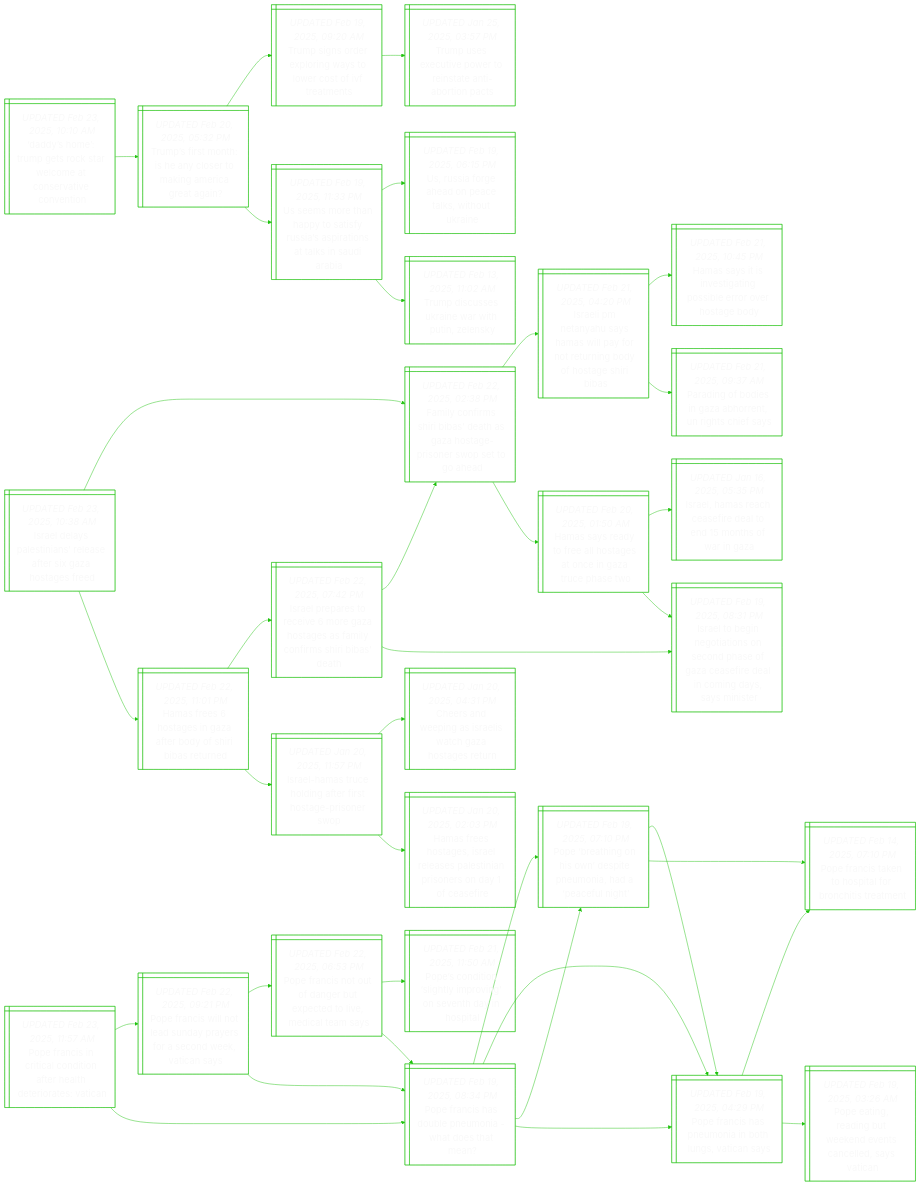
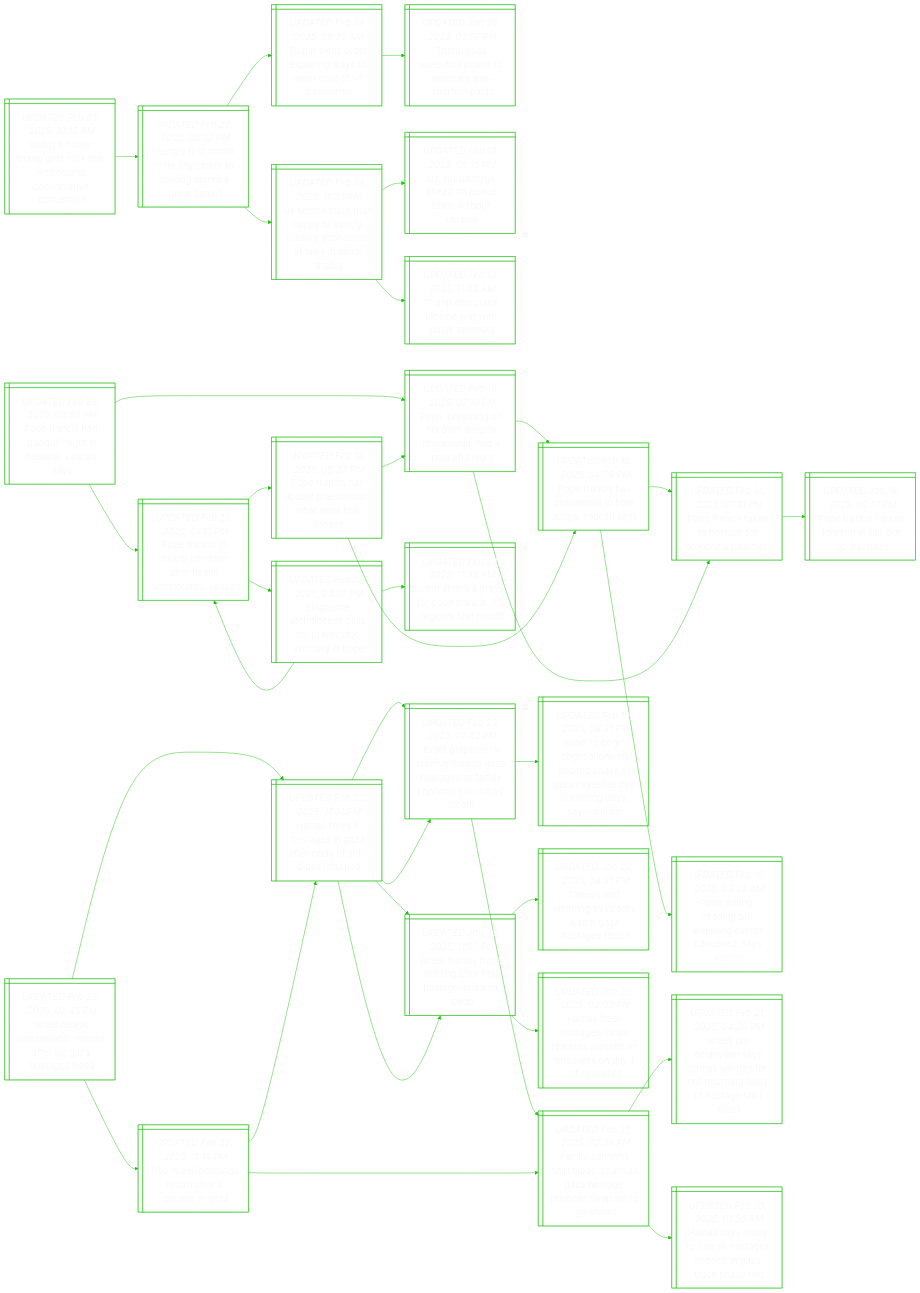
The diagram in README.md (notJmes/notJmes), drawn with Mermaid before and after one commit. The commit also changed other lines of this file, not shown here.

````diff
--- a/README.md
+++ b/README.md
@@ -38,68 +38,51 @@
 Umehtiusrnanii:::txtsize --> Usreptwua:::txtsize
 Umehtiusrnanii:::txtsize --> Tdskeitly:::txtsize
 
-Prsiliahhrtt@{ shape: win-pane, label: "_UPDATED Feb 23, 2025, 11:57 AM_
+Prsrihoaia@{ shape: win-pane, label: "_UPDATED Feb 23, 2025, 03:54 PM_
+Pope francis had ‘tranquil’ night in hospital, vatican says" }
+Prihnieiaei@{ shape: win-pane, label: "_UPDATED Feb 19, 2025, 07:10 PM_
+Pope ‘breathing on his own’ despite pneumonia, had a ‘peaceful night’" }
+Prsnnbuan@{ shape: win-pane, label: "_UPDATED Feb 19, 2025, 04:29 PM_
+Pope francis has pneumonia in both lungs, vatican says" }
+Prsnslrire@{ shape: win-pane, label: "_UPDATED Feb 14, 2025, 07:10 PM_
+Pope francis taken to hospital for bronchitis treatment" }
+Parnwnnnesc@{ shape: win-pane, label: "_UPDATED Feb 19, 2025, 03:26 AM_
+Pope eating, reading but weekend events cancelled, says vatican" }
+Prsnslrire@{ shape: win-pane, label: "_UPDATED Feb 14, 2025, 07:10 PM_
+Pope francis taken to hospital for bronchitis treatment" }
+Prsrrilot@{ shape: win-pane, label: "_UPDATED Jan 16, 2025, 08:51 PM_
+Pope francis injures forearm in fall, but no fractures" }
+Prsiliahhrtt@{ shape: win-pane, label: "_UPDATED Feb 23, 2025, 01:51 PM_
 Pope francis in critical condition after health deteriorates: vatican" }
-Prsnadafewan@{ shape: win-pane, label: "_UPDATED Feb 22, 2025, 09:21 PM_
-Pope francis will not lead sunday prayers for a second week, vatican says" }
-Prsuabpdviey@{ shape: win-pane, label: "_UPDATED Feb 22, 2025, 06:53 PM_
-Pope francis not out of danger but expected to live, medical team says" }
-Pctllrgvdht@{ shape: win-pane, label: "_UPDATED Feb 21, 2025, 11:50 AM_
-Pope’s condition ‘slightly improving’ on seventh day in hospital" }
-Prsopohet@{ shape: win-pane, label: "_UPDATED Feb 19, 2025, 08:34 PM_
-Pope francis has double pneumonia - what does that mean?" }
 Prsopohet@{ shape: win-pane, label: "_UPDATED Feb 19, 2025, 08:34 PM_
 Pope francis has double pneumonia - what does that mean?" }
 Prihnieiaei@{ shape: win-pane, label: "_UPDATED Feb 19, 2025, 07:10 PM_
 Pope ‘breathing on his own’ despite pneumonia, had a ‘peaceful night’" }
 Prsnnbuan@{ shape: win-pane, label: "_UPDATED Feb 19, 2025, 04:29 PM_
 Pope francis has pneumonia in both lungs, vatican says" }
-Prsopohet@{ shape: win-pane, label: "_UPDATED Feb 19, 2025, 08:34 PM_
-Pope francis has double pneumonia - what does that mean?" }
-Prihnieiaei@{ shape: win-pane, label: "_UPDATED Feb 19, 2025, 07:10 PM_
-Pope ‘breathing on his own’ despite pneumonia, had a ‘peaceful night’" }
-Prsnnbuan@{ shape: win-pane, label: "_UPDATED Feb 19, 2025, 04:29 PM_
-Pope francis has pneumonia in both lungs, vatican says" }
-Prsnslrire@{ shape: win-pane, label: "_UPDATED Feb 14, 2025, 07:10 PM_
-Pope francis taken to hospital for bronchitis treatment" }
-Prsnnbuan@{ shape: win-pane, label: "_UPDATED Feb 19, 2025, 04:29 PM_
-Pope francis has pneumonia in both lungs, vatican says" }
-Prsnslrire@{ shape: win-pane, label: "_UPDATED Feb 14, 2025, 07:10 PM_
-Pope francis taken to hospital for bronchitis treatment" }
-Parnwnnnesc@{ shape: win-pane, label: "_UPDATED Feb 19, 2025, 03:26 AM_
-Pope eating, reading but weekend events cancelled, says vatican" }
+Sprocfafill@{ shape: win-pane, label: "_UPDATED Feb 23, 2025, 02:07 PM_
+Singapore archdiocese calls for prayers for critically ill pope" }
+Prsiliahhrtt@{ shape: win-pane, label: "_UPDATED Feb 23, 2025, 01:51 PM_
+Pope francis in critical condition after health deteriorates: vatican" }
+LAcyPrsesti@{ shape: win-pane, label: "_UPDATED Feb 23, 2025, 11:32 AM_
+Latin america prays for pope francis, the region’s first pontiff" }
 
-Prsiliahhrtt:::txtsize --> Prsnadafewan:::txtsize
-Prsnadafewan:::txtsize --> Prsuabpdviey:::txtsize
-Prsuabpdviey:::txtsize --> Pctllrgvdht:::txtsize
-Prsuabpdviey:::txtsize --> Prsopohet:::txtsize
-Prsnadafewan:::txtsize --> Prsopohet:::txtsize
+Prsrihoaia:::txtsize --> Prihnieiaei:::txtsize
+Prihnieiaei:::txtsize --> Prsnnbuan:::txtsize
+Prsnnbuan:::txtsize --> Prsnslrire:::txtsize
+Prsnnbuan:::txtsize --> Parnwnnnesc:::txtsize
+Prihnieiaei:::txtsize --> Prsnslrire:::txtsize
+Prsnslrire:::txtsize --> Prsrrilot:::txtsize
+Prsrihoaia:::txtsize --> Prsiliahhrtt:::txtsize
+Prsiliahhrtt:::txtsize --> Prsopohet:::txtsize
 Prsopohet:::txtsize --> Prihnieiaei:::txtsize
 Prsopohet:::txtsize --> Prsnnbuan:::txtsize
-Prsiliahhrtt:::txtsize --> Prsopohet:::txtsize
-Prsopohet:::txtsize --> Prihnieiaei:::txtsize
-Prihnieiaei:::txtsize --> Prsnnbuan:::txtsize
-Prihnieiaei:::txtsize --> Prsnslrire:::txtsize
-Prsopohet:::txtsize --> Prsnnbuan:::txtsize
-Prsnnbuan:::txtsize --> Prsnslrire:::txtsize
-Prsnnbuan:::txtsize --> Parnwnnnesc:::txtsize
+Prsiliahhrtt:::txtsize --> Sprocfafill:::txtsize
+Sprocfafill:::txtsize --> Prsiliahhrtt:::txtsize
+Sprocfafill:::txtsize --> LAcyPrsesti:::txtsize
 
-Ilyeieerassd@{ shape: win-pane, label: "_UPDATED Feb 23, 2025, 10:38 AM_
+Ilyeieerassd@{ shape: win-pane, label: "_UPDATED Feb 23, 2025, 02:45 PM_
 Israel delays palestinians’ release after six gaza hostages freed" }
-Fyihieshgsseod@{ shape: win-pane, label: "_UPDATED Feb 22, 2025, 02:38 PM_
-Family confirms shiri bibas’ death as gaza hostage-prisoner swop set to go ahead" }
-Ileayalornohgra@{ shape: win-pane, label: "_UPDATED Feb 21, 2025, 04:20 PM_
-Israeli pm netanyahu says hamas will pay for not returning body of hostage shiri bibas" }
-Hstvggirvsb@{ shape: win-pane, label: "_UPDATED Feb 21, 2025, 10:45 PM_
-Hamas says it is investigating possible error over hostage body" }
-Pibszotgha@{ shape: win-pane, label: "_UPDATED Feb 21, 2025, 09:37 AM_
-Parading of bodies in gaza abhorrent, un rights chief says" }
-Hseoasscauao@{ shape: win-pane, label: "_UPDATED Feb 20, 2025, 01:50 AM_
-Hamas says ready to free all hostages at once in gaza truce phase two" }
-Ilshedoooia@{ shape: win-pane, label: "_UPDATED Jan 16, 2025, 05:35 PM_
-Israel, hamas reach ceasefire deal to end 15 months of war in gaza" }
-IlggtooaGeiaodanr@{ shape: win-pane, label: "_UPDATED Feb 19, 2025, 08:31 PM_
-Israel to begin negotiations on second phase of gaza ceasefire deal in coming days, says minister" }
 HfhgGfoSBrn@{ shape: win-pane, label: "_UPDATED Feb 22, 2025, 11:01 PM_
 Hamas frees 6 hostages in gaza after body of shiri bibas returned" }
 IlaoiraaslfSBd@{ shape: win-pane, label: "_UPDATED Feb 22, 2025, 07:42 PM_
@@ -114,14 +97,21 @@
 Cheers and weeping as israelis watch gaza hostages return" }
 Hfhgreeeiiraei@{ shape: win-pane, label: "_UPDATED Jan 20, 2025, 02:03 PM_
 Hamas frees hostages, israel releases palestinian prisoners on day 1 of ceasefire" }
+Trhgtfdez@{ shape: win-pane, label: "_UPDATED Feb 22, 2025, 11:14 PM_
+Two israeli hostages return after a decade in gaza" }
+HfhgGfoSBrn@{ shape: win-pane, label: "_UPDATED Feb 22, 2025, 11:01 PM_
+Hamas frees 6 hostages in gaza after body of shiri bibas returned" }
+IlaoiraaslfSBd@{ shape: win-pane, label: "_UPDATED Feb 22, 2025, 07:42 PM_
+Israel prepares to receive 6 more gaza hostages as family confirms shiri bibas’ death" }
+Ilseitrspno@{ shape: win-pane, label: "_UPDATED Jan 20, 2025, 11:57 PM_
+Israel-hamas truce holding after first hostage-prisoner swop" }
+Fyihieshgsseod@{ shape: win-pane, label: "_UPDATED Feb 22, 2025, 02:38 PM_
+Family confirms shiri bibas’ death as gaza hostage-prisoner swop set to go ahead" }
+Ileayalornohgra@{ shape: win-pane, label: "_UPDATED Feb 21, 2025, 04:20 PM_
+Israeli pm netanyahu says hamas will pay for not returning body of hostage shiri bibas" }
+Hseoasscauao@{ shape: win-pane, label: "_UPDATED Feb 20, 2025, 01:50 AM_
+Hamas says ready to free all hostages at once in gaza truce phase two" }
 
-Ilyeieerassd:::txtsize --> Fyihieshgsseod:::txtsize
-Fyihieshgsseod:::txtsize --> Ileayalornohgra:::txtsize
-Ileayalornohgra:::txtsize --> Hstvggirvsb:::txtsize
-Ileayalornohgra:::txtsize --> Pibszotgha:::txtsize
-Fyihieshgsseod:::txtsize --> Hseoasscauao:::txtsize
-Hseoasscauao:::txtsize --> Ilshedoooia:::txtsize
-Hseoasscauao:::txtsize --> IlggtooaGeiaodanr:::txtsize
 Ilyeieerassd:::txtsize --> HfhgGfoSBrn:::txtsize
 HfhgGfoSBrn:::txtsize --> IlaoiraaslfSBd:::txtsize
 IlaoiraaslfSBd:::txtsize --> Fyihieshgsseod:::txtsize
@@ -129,5 +119,12 @@
 HfhgGfoSBrn:::txtsize --> Ilseitrspno:::txtsize
 Ilseitrspno:::txtsize --> Csegrshhgt:::txtsize
 Ilseitrspno:::txtsize --> Hfhgreeeiiraei:::txtsize
+Ilyeieerassd:::txtsize --> Trhgtfdez:::txtsize
+Trhgtfdez:::txtsize --> HfhgGfoSBrn:::txtsize
+HfhgGfoSBrn:::txtsize --> IlaoiraaslfSBd:::txtsize
+HfhgGfoSBrn:::txtsize --> Ilseitrspno:::txtsize
+Trhgtfdez:::txtsize --> Fyihieshgsseod:::txtsize
+Fyihieshgsseod:::txtsize --> Ileayalornohgra:::txtsize
+Fyihieshgsseod:::txtsize --> Hseoasscauao:::txtsize
 
 ```
````
